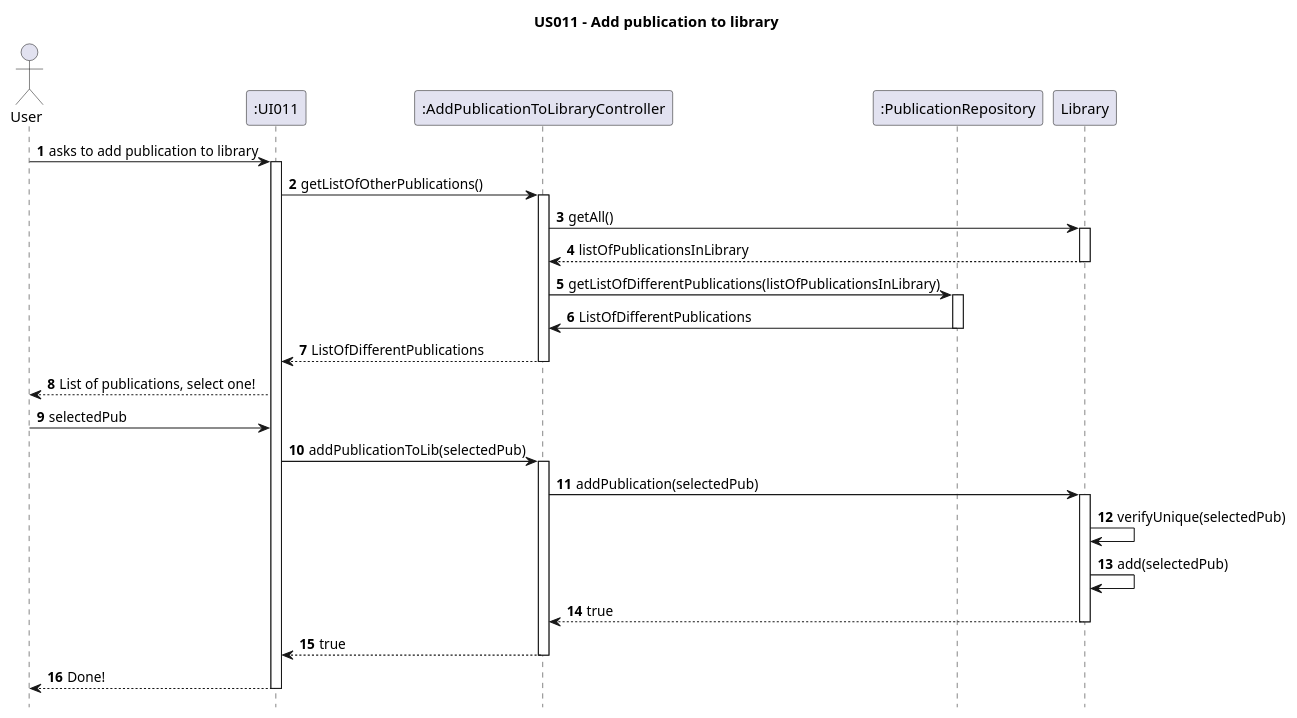
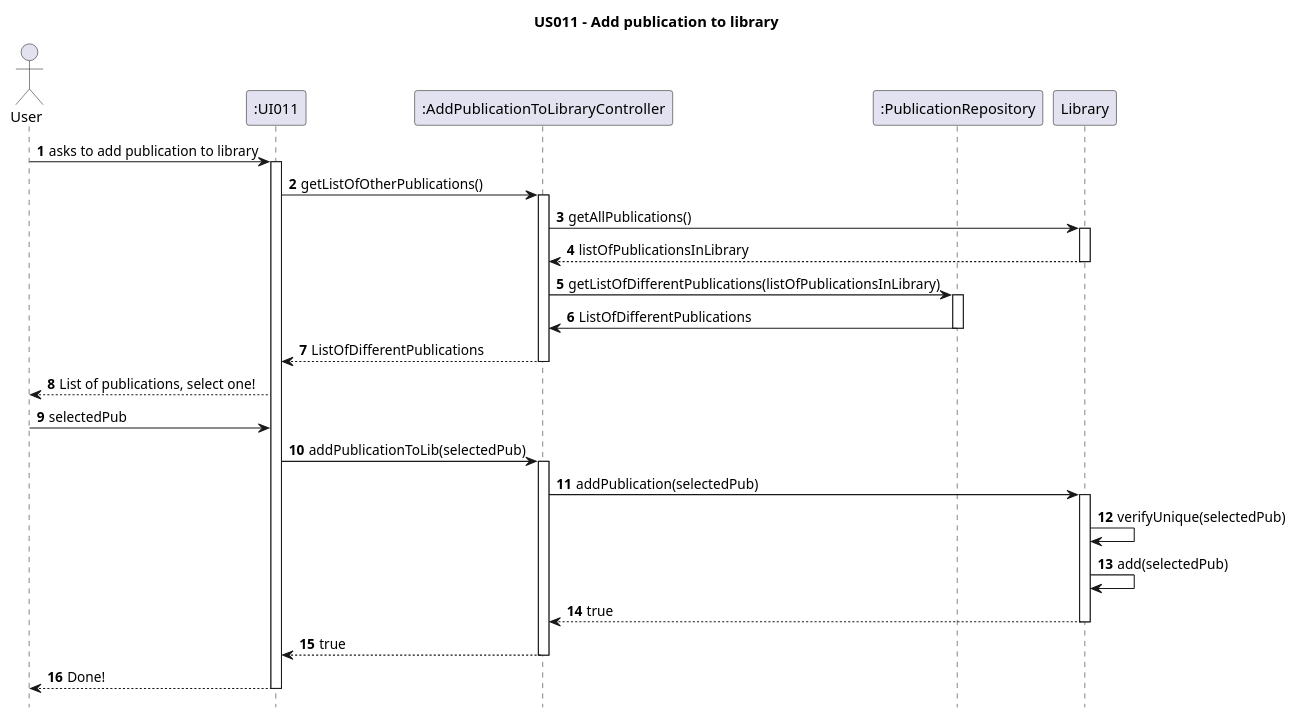
The diagram in Diagrams/SequenceDiagrams/N2/US011-To-add-a-publication-To-Library.puml (AndrePereiraGitH/SWitCH-Project-Team_A), drawn with PlantUML before and after one commit. The commit also changed 7 other files, not shown here.

```diff
--- a/Diagrams/SequenceDiagrams/N2/US011-To-add-a-publication-To-Library.puml
+++ b/Diagrams/SequenceDiagrams/N2/US011-To-add-a-publication-To-Library.puml
@@ -1,59 +1,59 @@
 @startuml
 autonumber
 hide footbox
 title US011 - Add publication to library
 
 
 
 actor "User" as User
 participant ":UI011" as UI
 
 
 
 participant ":AddPublicationToLibraryController" as Ctrl
 
 
 
 participant ":PublicationRepository" as PubRepo
 
 
 
 participant "Library" as LibDomain
 
 
 User -> UI : asks to add publication to library
 activate UI
 UI -> Ctrl : getListOfOtherPublications()
 activate Ctrl
 
-Ctrl -> LibDomain: getAll()
+Ctrl -> LibDomain: getAllPublications()
 activate LibDomain
 LibDomain --> Ctrl: listOfPublicationsInLibrary
 deactivate LibDomain
 
 Ctrl -> PubRepo: getListOfDifferentPublications(listOfPublicationsInLibrary)
 activate PubRepo
 PubRepo -> Ctrl : ListOfDifferentPublications
 deactivate PubRepo
 Ctrl --> UI: ListOfDifferentPublications
 deactivate Ctrl
 
 UI --> User: List of publications, select one!
 
 User -> UI: selectedPub
 UI -> Ctrl: addPublicationToLib(selectedPub)
 activate Ctrl
 
 Ctrl -> LibDomain: addPublication(selectedPub)
 activate LibDomain
 LibDomain -> LibDomain: verifyUnique(selectedPub)
 LibDomain -> LibDomain: add(selectedPub)
 LibDomain --> Ctrl: true
 deactivate LibDomain
 
 Ctrl --> UI: true
 deactivate Ctrl
 UI --> User: Done!
 deactivate UI
 
 @enduml
```
